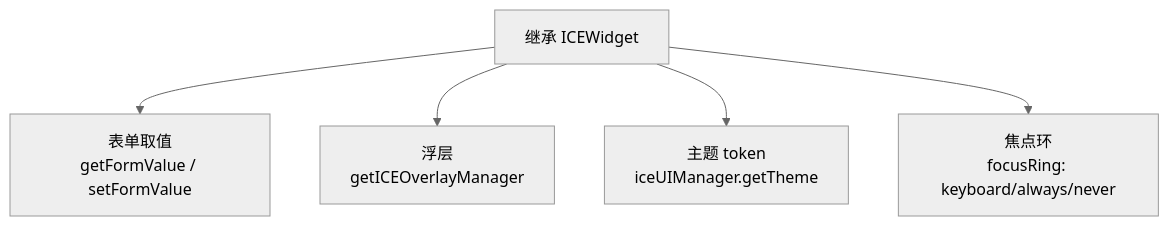
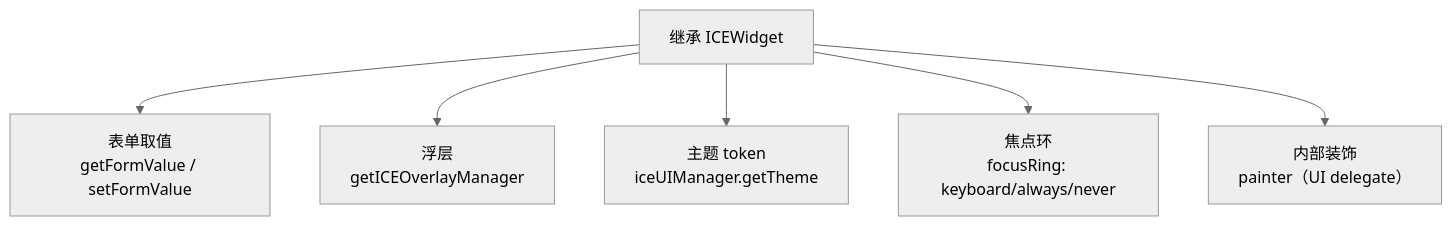
Before and after one commit to ice-render/ice-web-components: the first of 2 diagrams in docs/guides/custom-components.md, drawn with Mermaid (neutral theme). The commit also changed other lines of this file and 15 other files, not shown here.

````diff
--- a/docs/guides/custom-components.md
+++ b/docs/guides/custom-components.md
@@ -15,8 +15,9 @@
 ```mermaid
 flowchart TD
     %% 写自己的组件：继承 ICEWidget 并接入四大体系
     W["继承 ICEWidget"] --> F["表单取值<br/>getFormValue / setFormValue"]
     W --> O["浮层<br/>getICEOverlayManager"]
     W --> T["主题 token<br/>iceUIManager.getTheme"]
     W --> R["焦点环<br/>focusRing: keyboard/always/never"]
+    W --> P["内部装饰<br/>painter（UI delegate）"]
 ```
````
